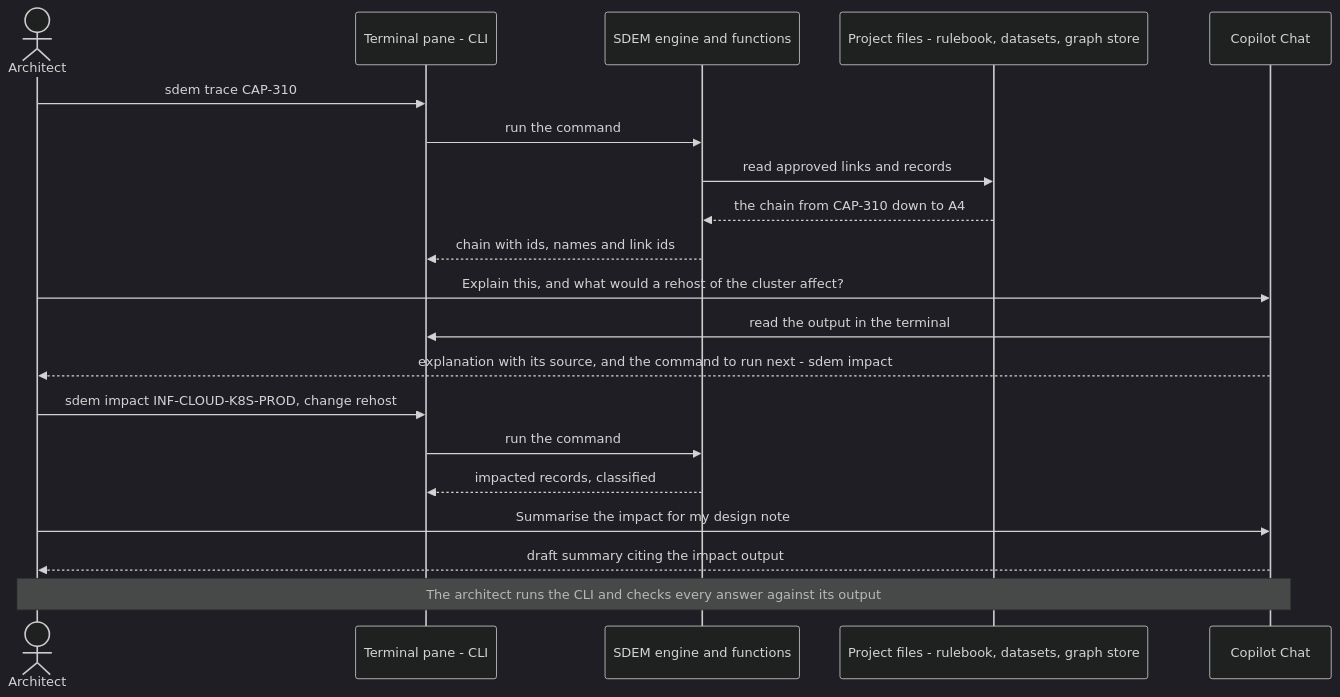
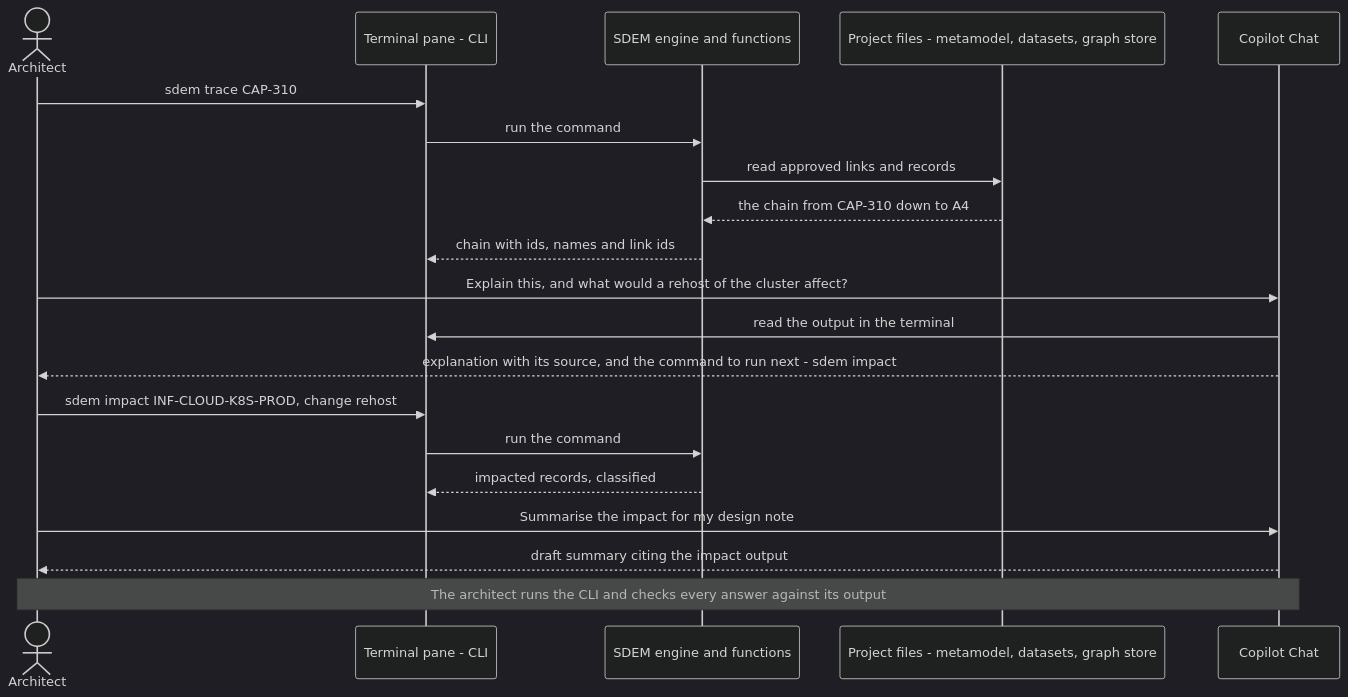
One commit to taumoeps/bian-sdem-framework changed the second of 6 diagrams in docs/design/sdem-workbench-design.md. Above: the diagram before and after it, drawn with Mermaid (dark theme). The commit also changed other lines of this file and 71 other files, not shown here.

Commit message:
One name: metamodel — "rulebook" removed from documents, messages, help and code comments; files renamed (docs/sdem-metamodel-guide.md, docs/design/sdem-metamodel-versioning.md, tests/test_engine_metamodel.py); no data, command or option changes; historical records keep their original words

````diff
--- a/docs/design/sdem-workbench-design.md
+++ b/docs/design/sdem-workbench-design.md
@@ -127,22 +127,22 @@
 ```mermaid
 sequenceDiagram
     actor A as Architect
     participant T as Terminal pane - CLI
     participant S as SDEM engine and functions
-    participant F as Project files - rulebook, datasets, graph store
+    participant F as Project files - metamodel, datasets, graph store
     participant C as Copilot Chat
     A->>T: sdem trace CAP-310
     T->>S: run the command
     S->>F: read approved links and records
     F-->>S: the chain from CAP-310 down to A4
     S-->>T: chain with ids, names and link ids
     A->>C: Explain this, and what would a rehost of the cluster affect?
     C->>T: read the output in the terminal
     C-->>A: explanation with its source, and the command to run next - sdem impact
     A->>T: sdem impact INF-CLOUD-K8S-PROD, change rehost
     T->>S: run the command
     S-->>T: impacted records, classified
     A->>C: Summarise the impact for my design note
     C-->>A: draft summary citing the impact output
     Note over A,C: The architect runs the CLI and checks every answer against its output
 ```
````
